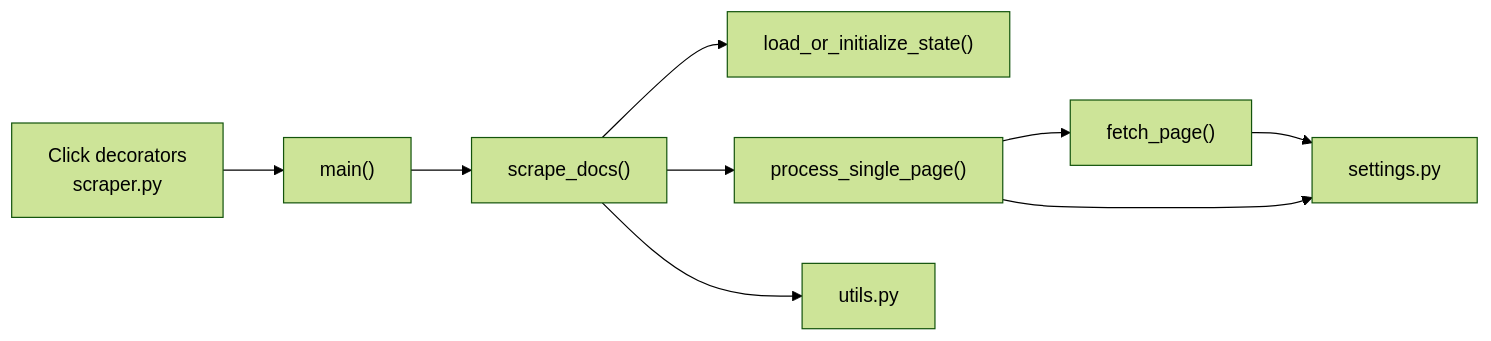
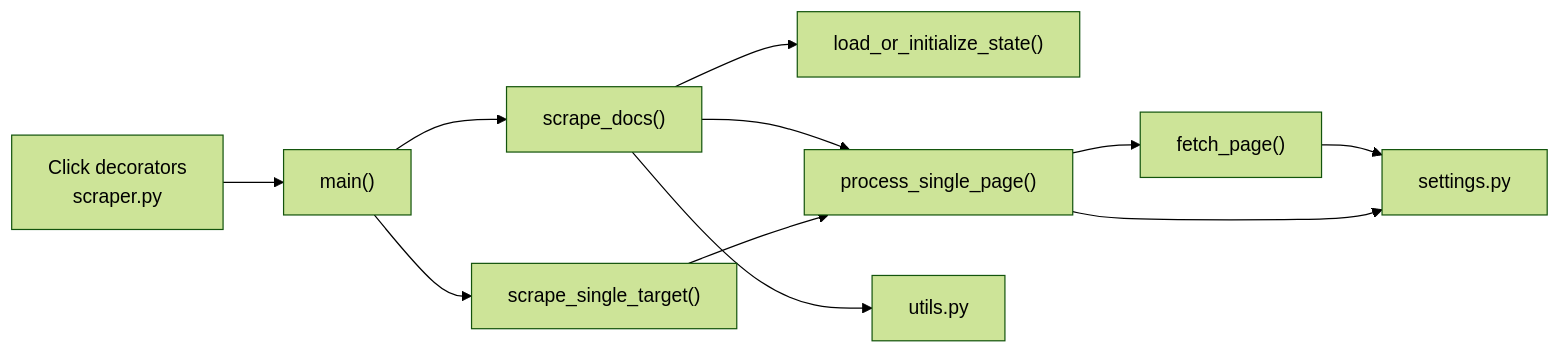
The fourth of 4 diagrams in .qoder/repowiki/en/content/Usage Guide/CLI Options and Parameters.md (cr8ivecodesmith/pico-css-docs), drawn with Mermaid (forest theme) before and after one commit. The commit also changed other lines of this file and 5 other files, not shown here.

````diff
--- a/.qoder/repowiki/en/content/Usage Guide/CLI Options and Parameters.md
+++ b/.qoder/repowiki/en/content/Usage Guide/CLI Options and Parameters.md
@@ -253,11 +298,13 @@
 ```mermaid
 graph LR
 Click["Click decorators<br/>scraper.py"] --> Main["main()"]
+Main --> Target["scrape_single_target()"]
 Main --> Scrape["scrape_docs()"]
 Scrape --> Load["load_or_initialize_state()"]
 Scrape --> Proc["process_single_page()"]
 Proc --> Fetch["fetch_page()"]
+Target --> Proc
 Scrape --> U["utils.py"]
 Fetch --> S["settings.py"]
 Proc --> S
 ```
````
